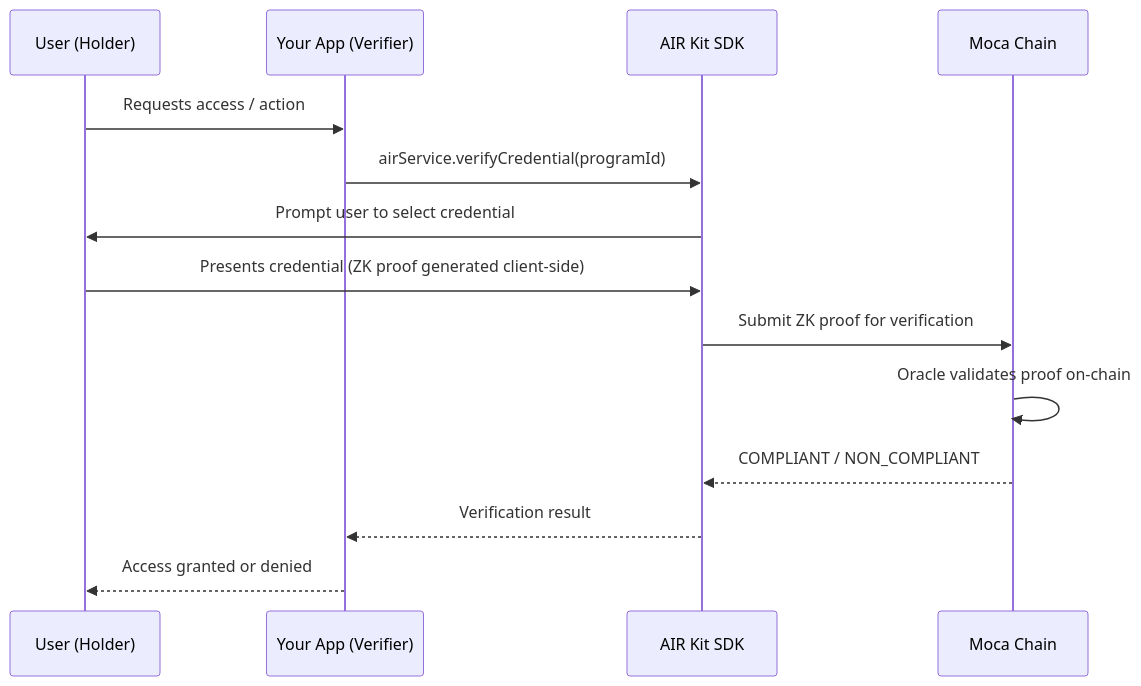
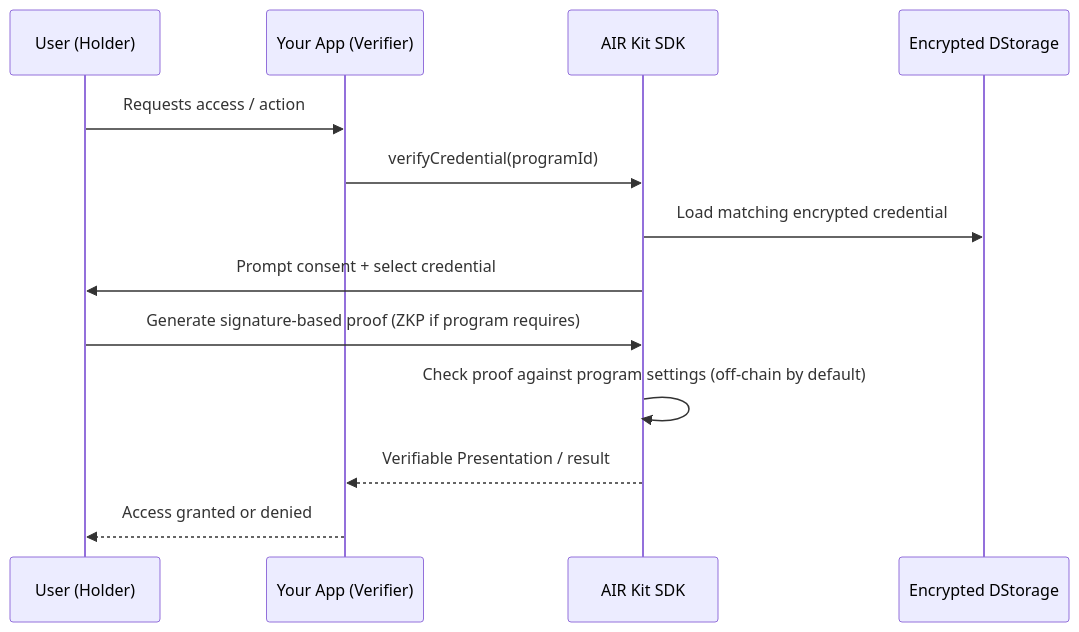
The fourth of 6 diagrams in airkit/guides/overview.mdx (MocaNetwork/docs), drawn with Mermaid before and after one commit. The commit also changed other lines of this file and 41 other files, not shown here.

First line of the commit message:
Upgrade docs for signature-based, issuer-sovereign architecture (#22)

````diff
--- a/airkit/guides/overview.mdx
+++ b/airkit/guides/overview.mdx
@@ -83,17 +84,16 @@
 ```mermaid
 sequenceDiagram
     participant U as User (Holder)
     participant App as Your App (Verifier)
     participant SDK as AIR Kit SDK
-    participant Chain as Moca Chain
+    participant DS as Encrypted DStorage
 
     U->>App: Requests access / action
-    App->>SDK: airService.verifyCredential(programId)
-    SDK->>U: Prompt user to select credential
-    U->>SDK: Presents credential (ZK proof generated client-side)
-    SDK->>Chain: Submit ZK proof for verification
-    Chain->>Chain: Oracle validates proof on-chain
-    Chain-->>SDK: COMPLIANT / NON_COMPLIANT
-    SDK-->>App: Verification result
+    App->>SDK: verifyCredential(programId)
+    SDK->>DS: Load matching encrypted credential
+    SDK->>U: Prompt consent + select credential
+    U->>SDK: Generate signature-based proof (ZKP if program requires)
+    SDK->>SDK: Check proof against program settings (off-chain by default)
+    SDK-->>App: Verifiable Presentation / result
     App-->>U: Access granted or denied
 ```
````
